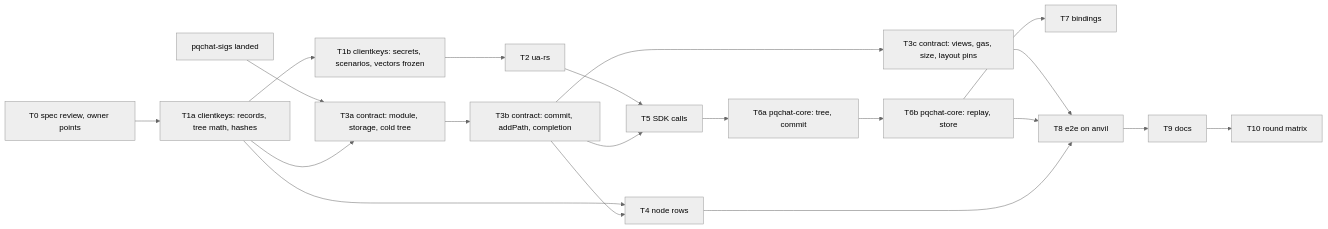
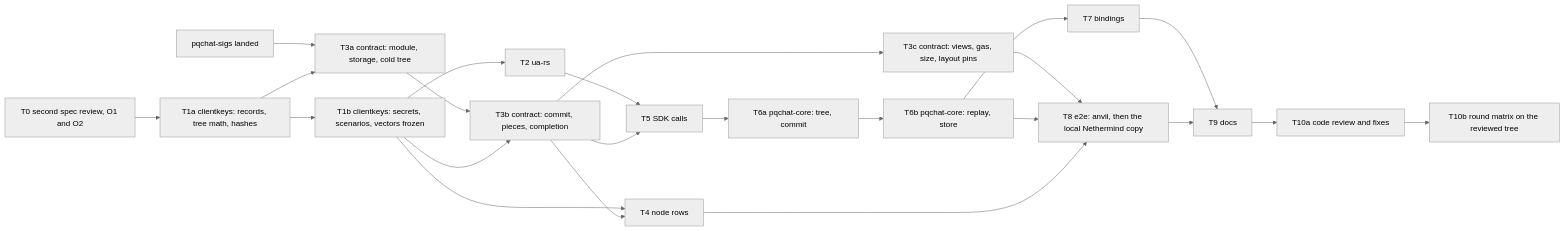
One commit to dinhduongha/scaas changed the diagram in docs/superpowers/plans/2026-11-23-pqchat-treekem.md. Above: the diagram before and after it, drawn with Mermaid (neutral theme). The commit also changed other lines of this file and 4 other files, not shown here.

````diff
--- a/docs/superpowers/plans/2026-11-23-pqchat-treekem.md
+++ b/docs/superpowers/plans/2026-11-23-pqchat-treekem.md
@@ -19,22 +22,25 @@
 ```mermaid
 flowchart LR
-  T0["T0 spec review, owner points"] --> T1a["T1a clientkeys: records, tree math, hashes"]
+  T0["T0 second spec review, O1 and O2"] --> T1a["T1a clientkeys: records, tree math, hashes"]
   T1a --> T1b["T1b clientkeys: secrets, scenarios, vectors frozen"]
   SIGS["pqchat-sigs landed"] --> T3a
   T1a --> T3a["T3a contract: module, storage, cold tree"]
-  T3a --> T3b["T3b contract: commit, addPath, completion"]
+  T3a --> T3b["T3b contract: commit, pieces, completion"]
+  T1b --> T3b
   T3b --> T3c["T3c contract: views, gas, size, layout pins"]
   T1b --> T2["T2 ua-rs"]
-  T1a --> T4["T4 node rows"]
+  T1b --> T4["T4 node rows"]
   T3b --> T4
   T2 --> T5["T5 SDK calls"]
   T3b --> T5
   T5 --> T6a["T6a pqchat-core: tree, commit"]
   T6a --> T6b["T6b pqchat-core: replay, store"]
   T6b --> T7["T7 bindings"]
-  T3c --> T8["T8 e2e on anvil"]
+  T3c --> T8["T8 e2e: anvil, then the local Nethermind copy"]
   T6b --> T8
   T4 --> T8
-  T8 --> T9["T9 docs"]
-  T9 --> T10["T10 round matrix"]
+  T7 --> T9["T9 docs"]
+  T8 --> T9
+  T9 --> T10a["T10a code review and fixes"]
+  T10a --> T10b["T10b round matrix on the reviewed tree"]
 ```
````
